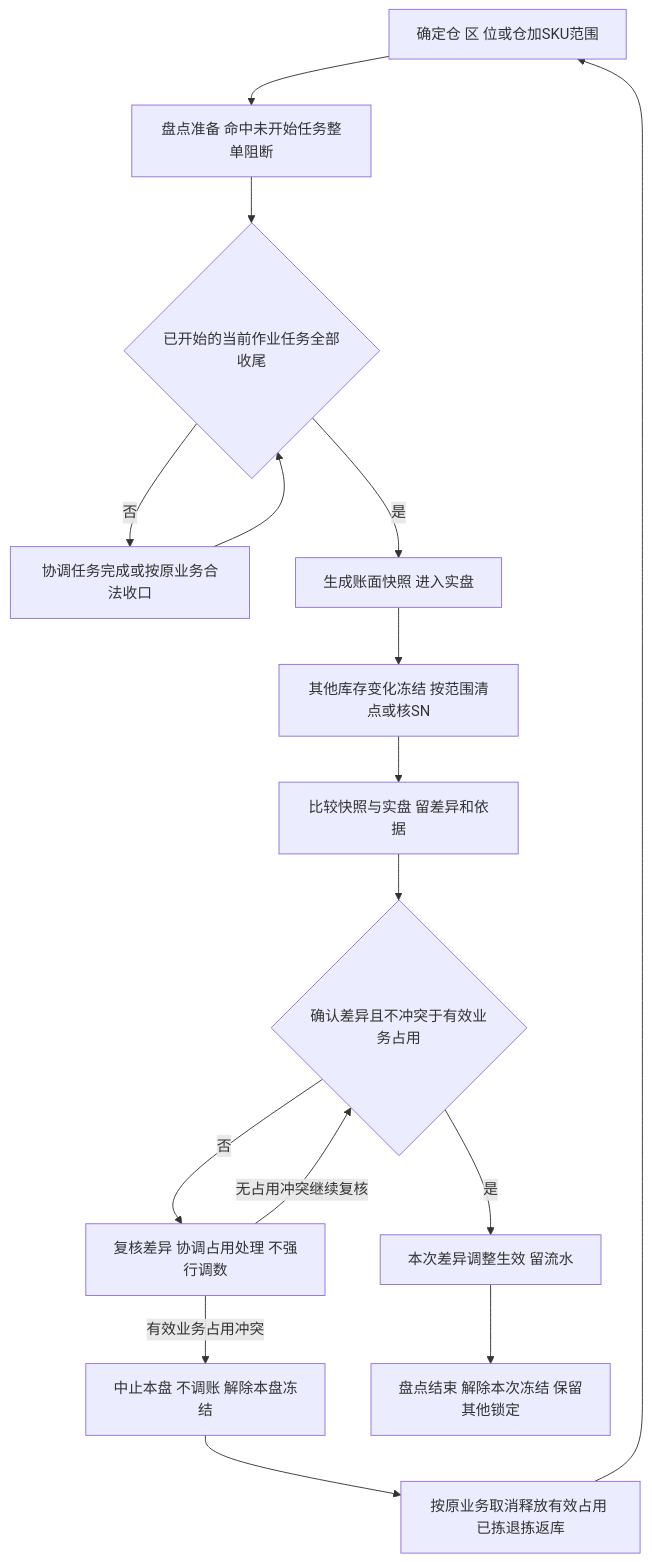
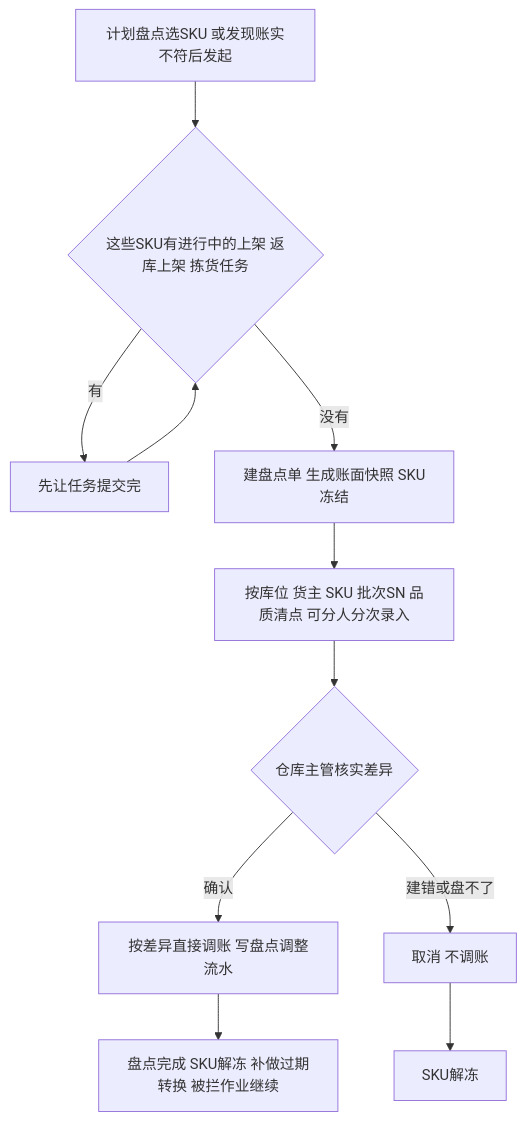
Before and after one commit to TopVitamin/QS-WMS-Project: the diagram in 04-业务分析和设计/04-库存与库内业务设计.md, drawn with Mermaid. The commit also changed other lines of this file and 174 other files, not shown here.

````diff
--- a/04-业务分析和设计/04-库存与库内业务设计.md
+++ b/04-业务分析和设计/04-库存与库内业务设计.md
@@ -164,18 +178,13 @@
 ```mermaid
 flowchart TD
-    A[确定仓 区 位或仓加SKU范围] --> B[盘点准备 命中未开始任务整单阻断]
-    B --> C{已开始的当前作业任务全部收尾}
-    C -->|否| D[协调任务完成或按原业务合法收口]
-    D --> C
-    C -->|是| E[生成账面快照 进入实盘]
-    E --> F[其他库存变化冻结 按范围清点或核SN]
-    F --> G[比较快照与实盘 留差异和依据]
-    G --> H{确认差异且不冲突于有效业务占用}
-    H -->|否| I[复核差异 协调占用处理 不强行调数]
-    I -->|无占用冲突继续复核| H
-    I -->|有效业务占用冲突| L[中止本盘 不调账 解除本盘冻结]
-    L --> M[按原业务取消释放有效占用 已拣退拣返库]
-    M --> A
-    H -->|是| J[本次差异调整生效 留流水]
-    J --> K[盘点结束 解除本次冻结 保留其他锁定]
+    A[计划盘点选SKU 或发现账实不符后发起] --> B{这些SKU有进行中的上架 返库上架 拣货任务}
+    B -->|有| C[先让任务提交完]
+    C --> B
+    B -->|没有| D[建盘点单 生成账面快照 SKU冻结]
+    D --> E[按库位 货主 SKU 批次SN 品质清点 可分人分次录入]
+    E --> F{仓库主管核实差异}
+    F -->|确认| G[按差异直接调账 写盘点调整流水]
+    F -->|建错或盘不了| H[取消 不调账]
+    G --> I[盘点完成 SKU解冻 补做过期转换 被拦作业继续]
+    H --> J[SKU解冻]
 ```
````
